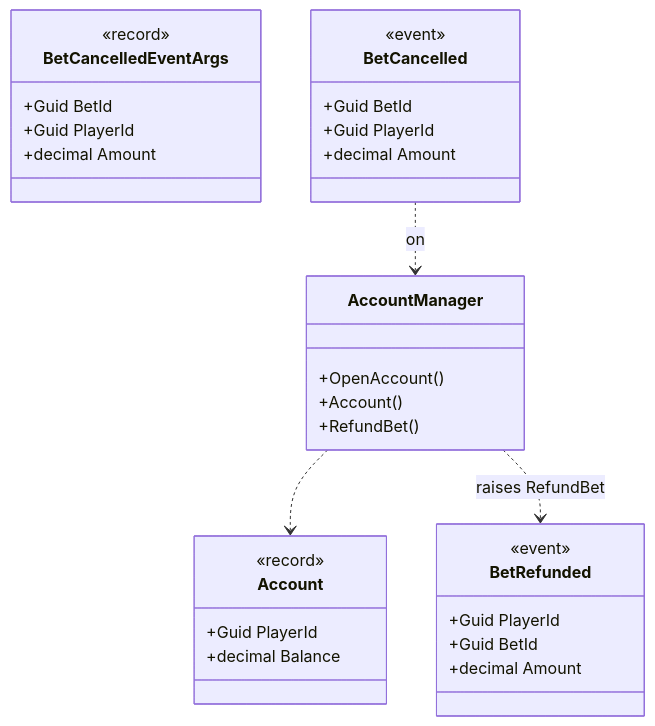
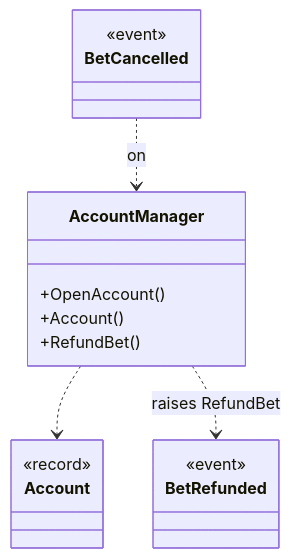
The diagram in sample/docs/business-api/account.md (wrzucher/ControlBatyr), drawn with Mermaid before and after one commit. The commit also changed other lines of this file and 6 other files, not shown here.

Commit message:
Keep domain diagrams compact and avoid duplicate record events

````diff
--- a/sample/docs/business-api/account.md
+++ b/sample/docs/business-api/account.md
@@ -31,40 +29,25 @@
 ```mermaid
 classDiagram
 %% @arch/1 diagram profile=class-v1
 %% @arch/1 type id="A:Game.Core|T:Game.Core.AccountManager"
 class C0["AccountManager"] {
     +OpenAccount()
     +Account()
     +RefundBet()
 }
 %% @arch/1 type id="A:Game.Model|T:Game.Model.Account"
 class C1["Account"] {
     <<record>>
-    +Guid PlayerId
-    +decimal Balance
-}
-%% @arch/1 type id="A:Game.Model|T:Game.Model.BetCancelledEventArgs"
-class C2["BetCancelledEventArgs"] {
-    <<record>>
-    +Guid BetId
-    +Guid PlayerId
-    +decimal Amount
 }
 %% @arch/1 type id="A:Game.Core|T:Game.Core.BetRefunded"
-class C3["BetRefunded"] {
+class C2["BetRefunded"] {
     <<event>>
-    +Guid PlayerId
-    +Guid BetId
-    +decimal Amount
 }
 %% @arch/1 type id="A:Game.Core|E:Game.Core.GameEventPublisher.BetCancelled"
-class C4["BetCancelled"] {
+class C3["BetCancelled"] {
     <<event>>
-    +Guid BetId
-    +Guid PlayerId
-    +decimal Amount
 }
 C0 ..> C1
-C0 ..> C3 : raises RefundBet
-C4 ..> C0 : on
+C0 ..> C2 : raises RefundBet
+C3 ..> C0 : on
 ```
````
